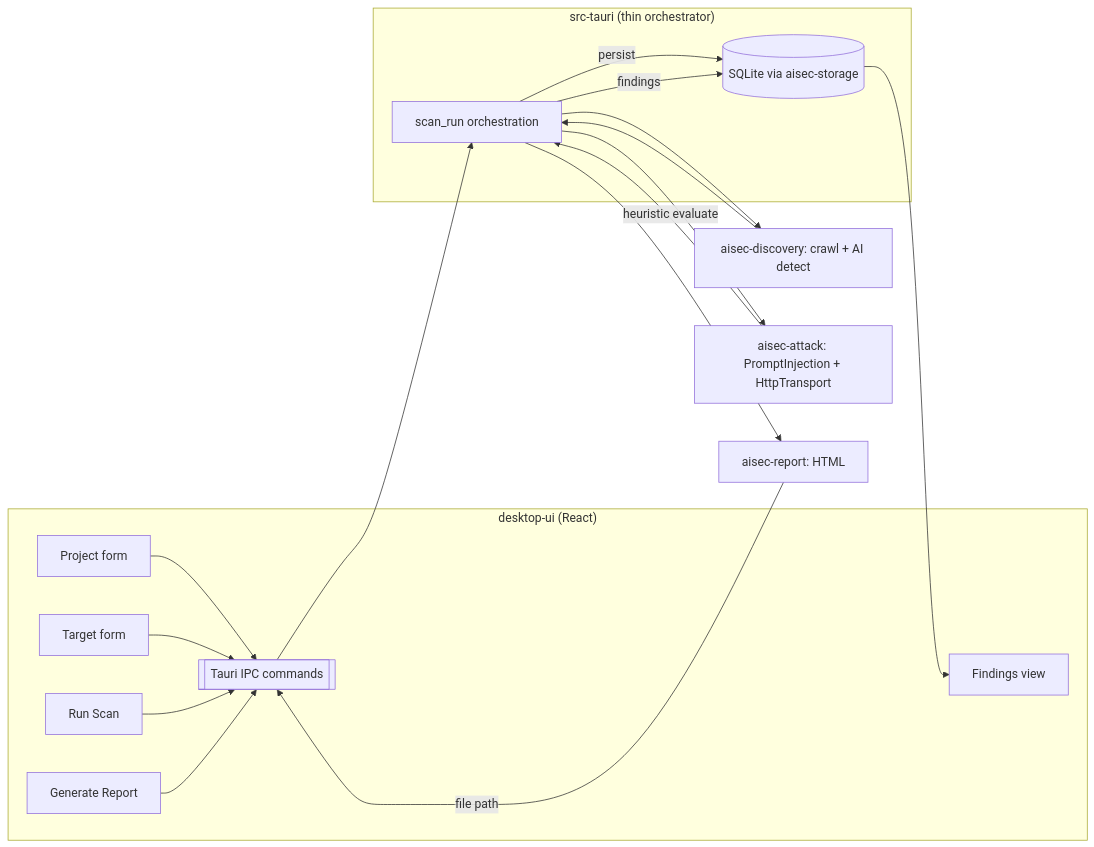
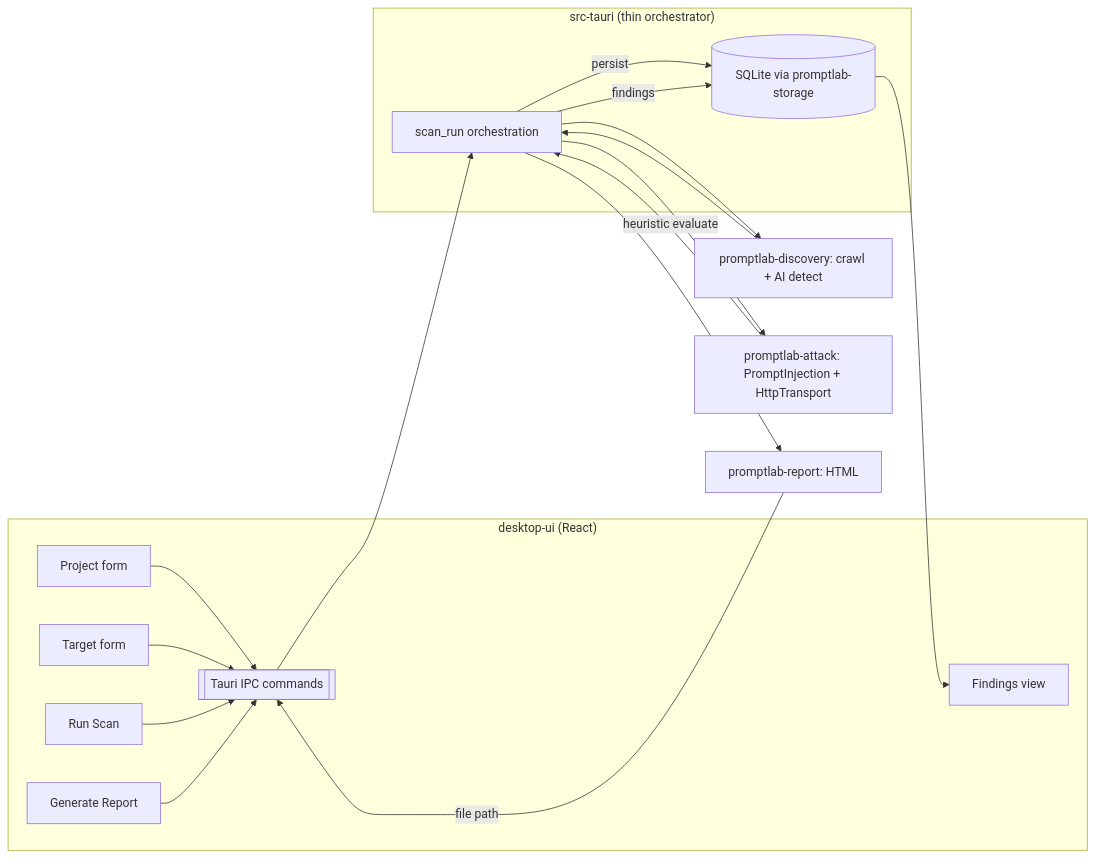
One commit to YangYang-Research/yang-promptlab changed the diagram in docs/MVP_EXECUTION_PLAN.md. Above: the diagram before and after it, drawn with Mermaid. The commit also changed other lines of this file and 352 other files, not shown here.

First line of the commit message:
feat(promptlab): migrate from AISec to PromptLab framework

````diff
--- a/docs/MVP_EXECUTION_PLAN.md
+++ b/docs/MVP_EXECUTION_PLAN.md
@@ -156,28 +156,28 @@
 ```mermaid
 flowchart LR
   subgraph UI["desktop-ui (React)"]
     F1[Project form] --> IPC
     F2[Target form] --> IPC
     F3[Run Scan] --> IPC
     F4[Generate Report] --> IPC
     V[Findings view]
   end
 
   IPC[[Tauri IPC commands]]
 
   subgraph Backend["src-tauri (thin orchestrator)"]
-    DB[(SQLite via aisec-storage)]
+    DB[(SQLite via promptlab-storage)]
     ORCH[scan_run orchestration]
   end
 
   IPC --> ORCH
   ORCH -->|persist| DB
-  ORCH --> DISC[aisec-discovery: crawl + AI detect]
+  ORCH --> DISC[promptlab-discovery: crawl + AI detect]
   DISC --> ORCH
-  ORCH --> ATK[aisec-attack: PromptInjection + HttpTransport]
+  ORCH --> ATK[promptlab-attack: PromptInjection + HttpTransport]
   ATK -->|heuristic evaluate| ORCH
   ORCH -->|findings| DB
-  ORCH --> REP[aisec-report: HTML]
+  ORCH --> REP[promptlab-report: HTML]
   REP -->|file path| IPC
   DB --> V
 ```
````
